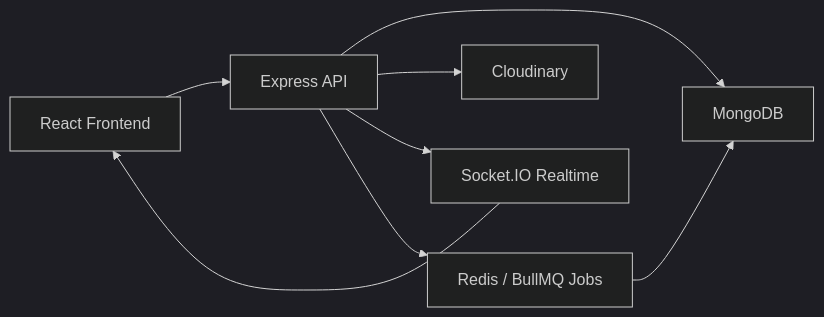
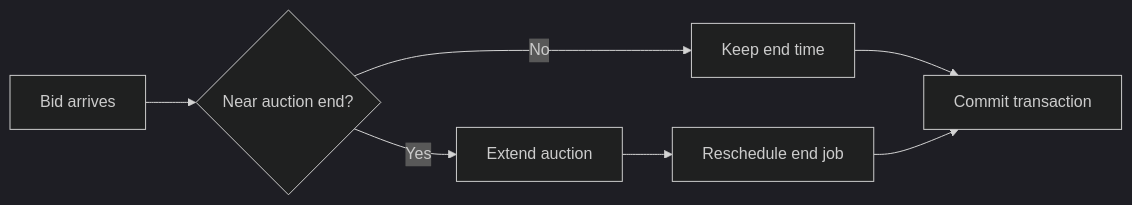
Before and after one commit to HimanshuChauhan2027/BidMate: the third of 5 diagrams in README.md, drawn with Mermaid (dark theme). The commit also changed other lines of this file, not shown here.

````diff
--- a/README.md
+++ b/README.md
@@ -58,10 +191,9 @@
 ```mermaid
 flowchart LR
-    A[React Frontend] --> B[Express API]
-    B --> C[MongoDB]
-    B --> D[Cloudinary]
-    B --> E[Socket.IO Realtime]
-    E --> A
-    B --> F[Redis / BullMQ Jobs]
-    F --> C
+    A[Bid arrives] --> B{Near auction end?}
+    B -- No --> C[Keep end time]
+    B -- Yes --> D[Extend auction]
+    D --> E[Reschedule end job]
+    C --> F[Commit transaction]
+    E --> F
 ```
````
